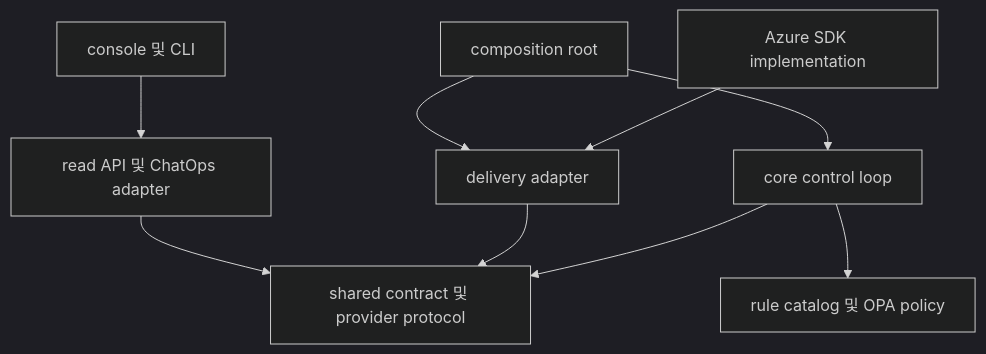
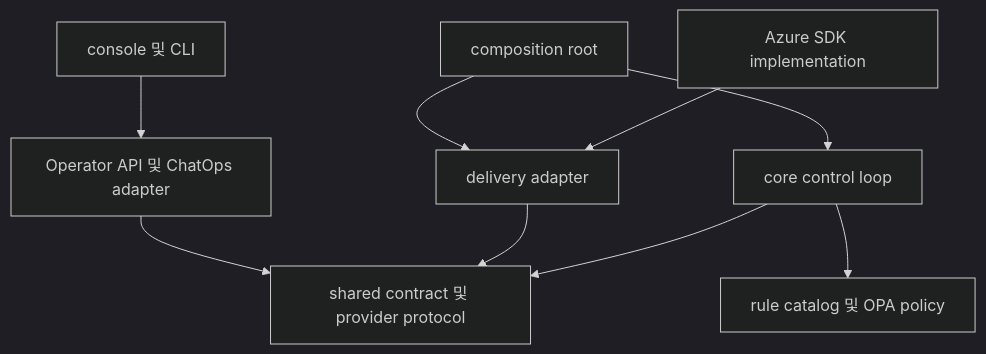
Before and after one commit to dotnetpower/fdai: the third of 3 diagrams in docs/user-guide/architecture-ko.md, drawn with Mermaid (dark theme). The commit also changed other lines of this file and 1094 other files, not shown here.

Commit message:
refactor(operator-api): rename console backend surface

````diff
--- a/docs/user-guide/architecture-ko.md
+++ b/docs/user-guide/architecture-ko.md
@@ -296,11 +296,11 @@
 ```mermaid
 flowchart TB
-  UI[console 및 CLI] --> API[read API 및 ChatOps adapter]
+  UI[console 및 CLI] --> API[Operator API 및 ChatOps adapter]
   API --> CONTRACTS[shared contract 및 provider protocol]
   DELIVERY[delivery adapter] --> CONTRACTS
   CORE[core control loop] --> CONTRACTS
   CORE --> CATALOG[rule catalog 및 OPA policy]
   COMPOSE[composition root] --> CORE
   COMPOSE --> DELIVERY
   AZURE[Azure SDK implementation] --> DELIVERY
 ```
````
